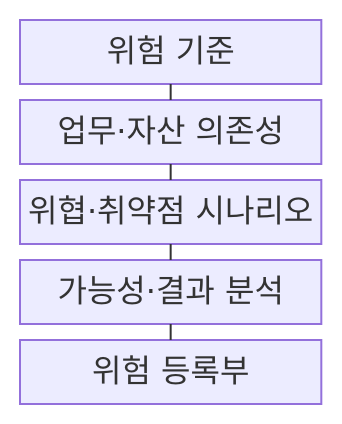
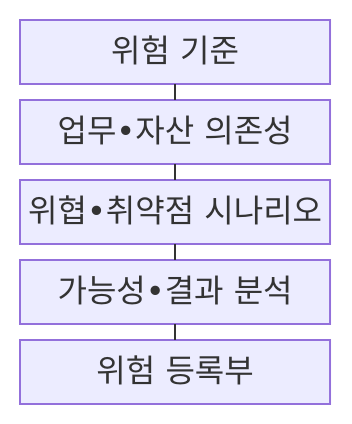
One commit to agnusdei1207/knowledge-base changed the first of 2 diagrams in src/content/docs/notes/05-security/108_information_security_risk_assessment.md. Above: the diagram before and after it, drawn with Mermaid. The commit also changed other lines of this file and 953 other files, not shown here.

````diff
--- a/src/content/docs/notes/05-security/108_information_security_risk_assessment.md
+++ b/src/content/docs/notes/05-security/108_information_security_risk_assessment.md
@@ -63,13 +63,13 @@
 ```mermaid
 block-beta
   columns 1
   C["위험 기준"]
-  A["업무·자산 의존성"]
-  S["위협·취약점 시나리오"]
-  E["가능성·결과 분석"]
+  A["업무•자산 의존성"]
+  S["위협•취약점 시나리오"]
+  E["가능성•결과 분석"]
   R["위험 등록부"]
   C --- A
   A --- S
   S --- E
   E --- R
 ```
````
